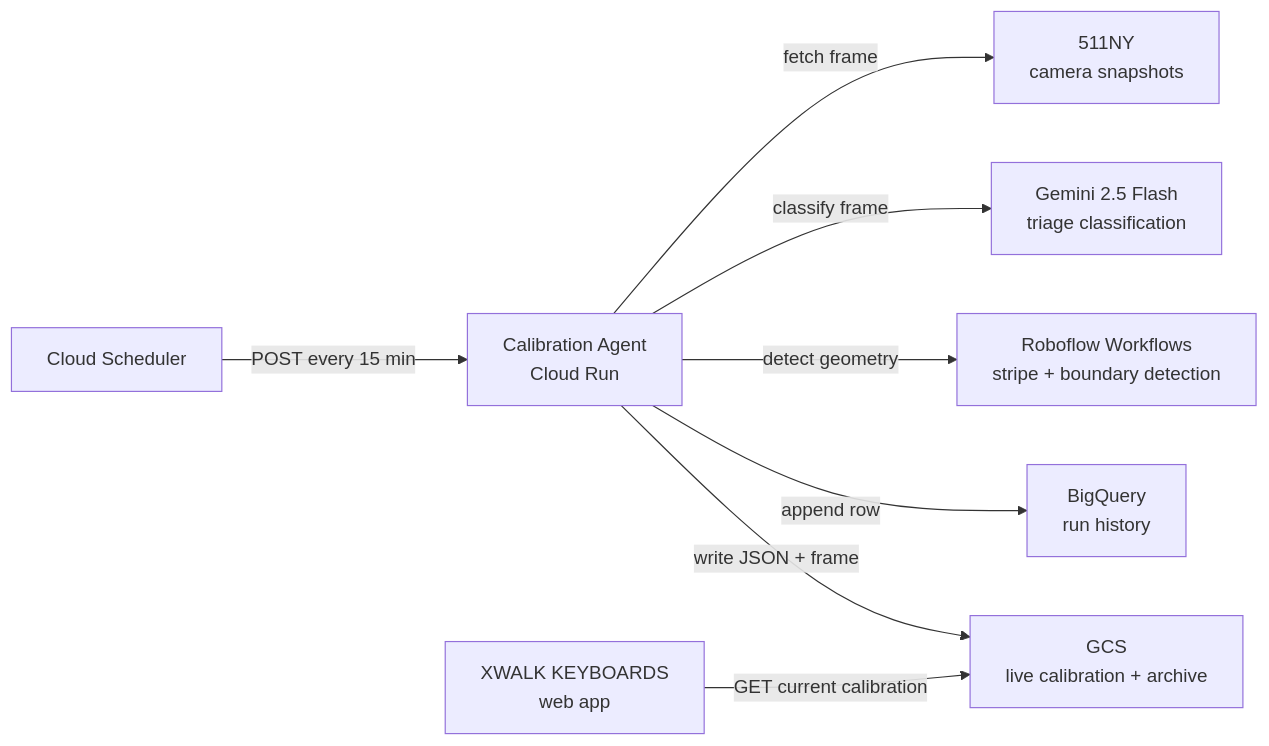
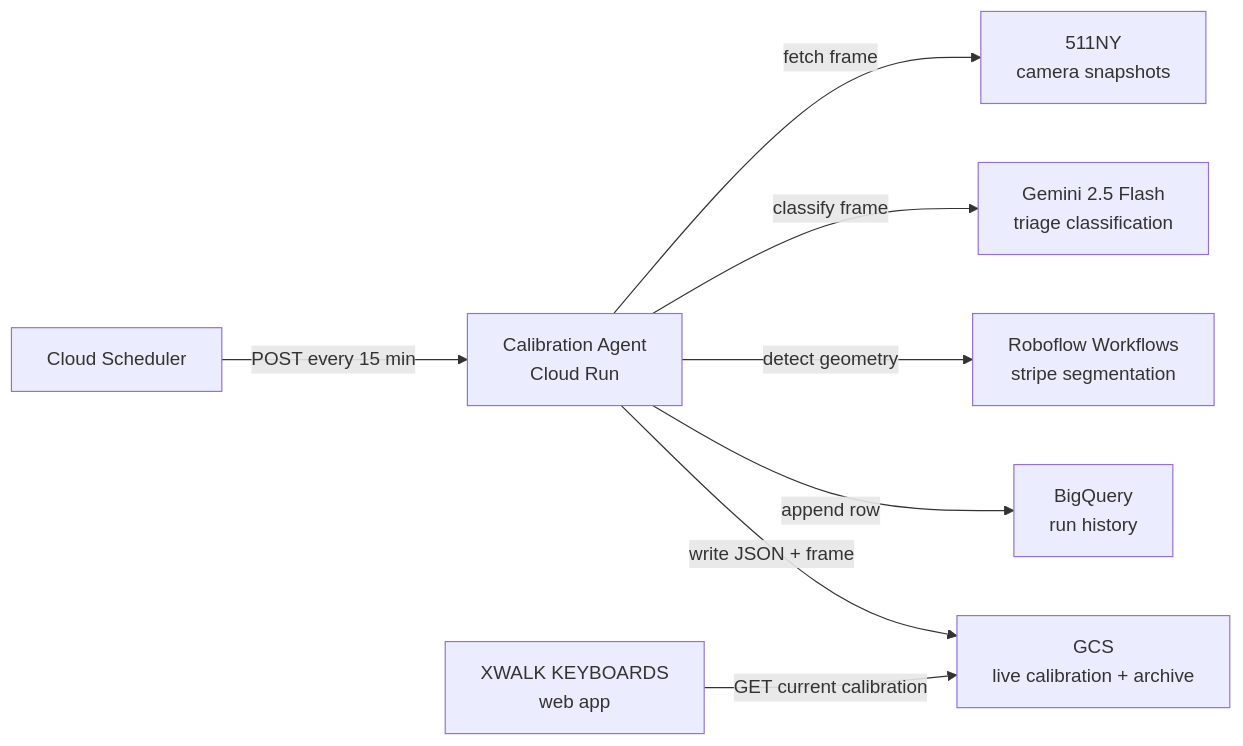
One commit to vinceallenvince/xwalk-camera-calibration-agent changed the diagram in docs/architecture.md. Above: the diagram before and after it, drawn with Mermaid. The commit also changed other lines of this file and 2 other files, not shown here.

First line of the commit message:
docs: describe the boundary-free pipeline

````diff
--- a/docs/architecture.md
+++ b/docs/architecture.md
@@ -68,19 +70,19 @@
 ```mermaid
 flowchart LR
   Scheduler["Cloud Scheduler"]
   Agent["Calibration Agent\nCloud Run"]
   NY["511NY\ncamera snapshots"]
   Gemini["Gemini 2.5 Flash\ntriage classification"]
-  RF["Roboflow Workflows\nstripe + boundary detection"]
+  RF["Roboflow Workflows\nstripe segmentation"]
   BQ["BigQuery\nrun history"]
   GCS["GCS\nlive calibration + archive"]
   Web["XWALK KEYBOARDS\nweb app"]
 
   Scheduler -->|"POST every 15 min"| Agent
   Agent -->|"fetch frame"| NY
   Agent -->|"classify frame"| Gemini
   Agent -->|"detect geometry"| RF
   Agent -->|"append row"| BQ
   Agent -->|"write JSON + frame"| GCS
   Web -->|"GET current calibration"| GCS
 ```
````
